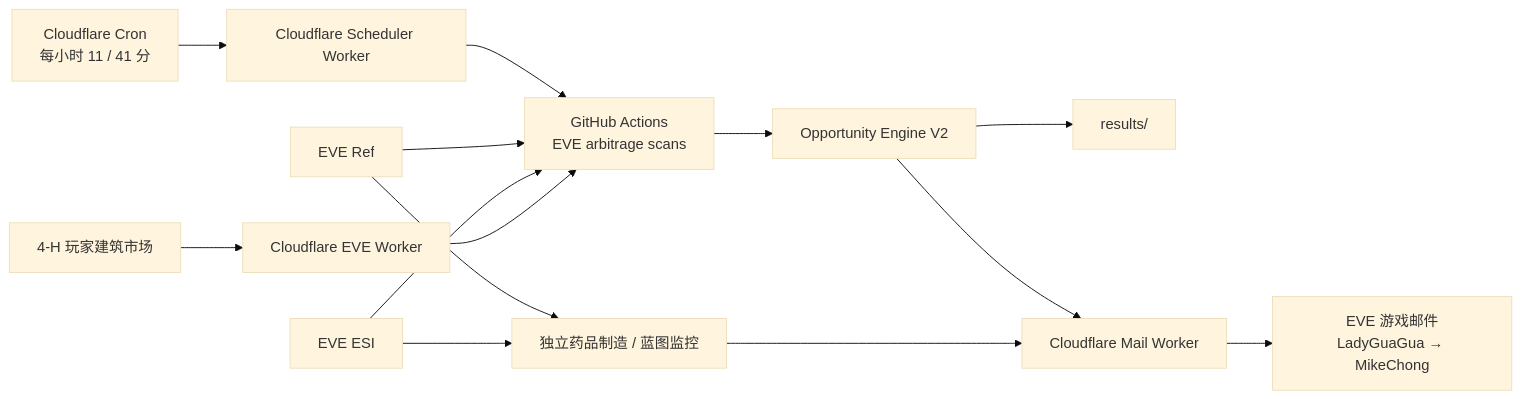
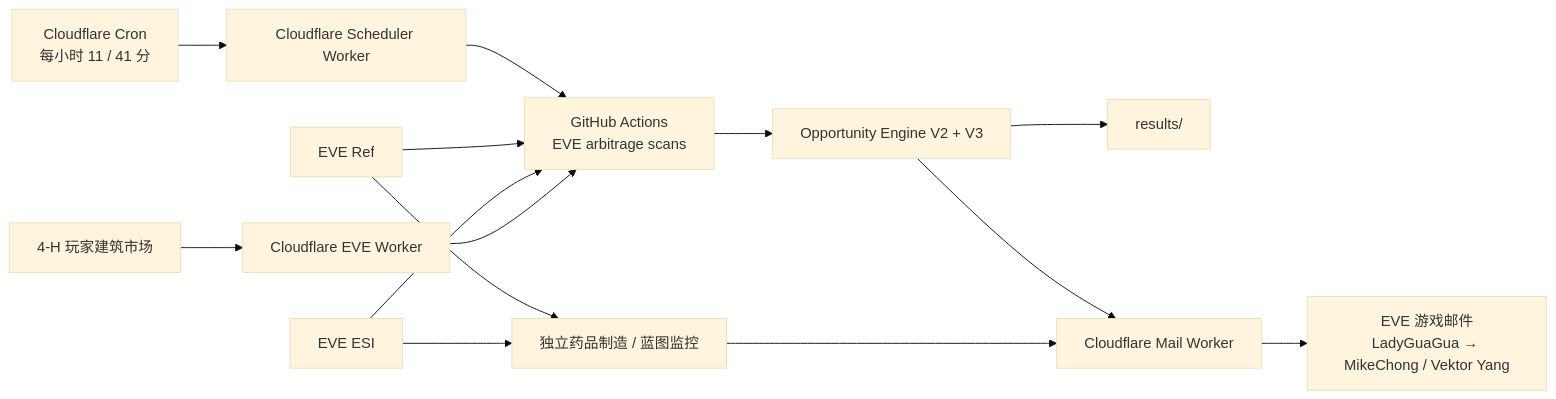
One commit to samson8964/chatgpt-eve changed the diagram in README.md. Above: the diagram before and after it, drawn with Mermaid (base theme). The commit also changed other lines of this file, not shown here.

````diff
--- a/README.md
+++ b/README.md
@@ -11,19 +11,19 @@
 ```mermaid
 flowchart LR
   cron["Cloudflare Cron\n每小时 11 / 41 分"] --> scheduler["Cloudflare Scheduler Worker"]
   scheduler --> gha["GitHub Actions\nEVE arbitrage scans"]
 
   ref["EVE Ref"] --> gha
   esi["EVE ESI"] --> gha
   structure["4-H 玩家建筑市场"] --> cf["Cloudflare EVE Worker"]
   cf --> gha
 
-  gha --> engine["Opportunity Engine V2"]
+  gha --> engine["Opportunity Engine V2 + V3"]
   engine --> results["results/"]
   engine --> mailworker["Cloudflare Mail Worker"]
-  mailworker --> eve["EVE 游戏邮件\nLadyGuaGua → MikeChong"]
+  mailworker --> eve["EVE 游戏邮件\nLadyGuaGua → MikeChong / Vektor Yang"]
 
   ref --> booster["独立药品制造 / 蓝图监控"]
   esi --> booster
   booster --> mailworker
 ```
````
